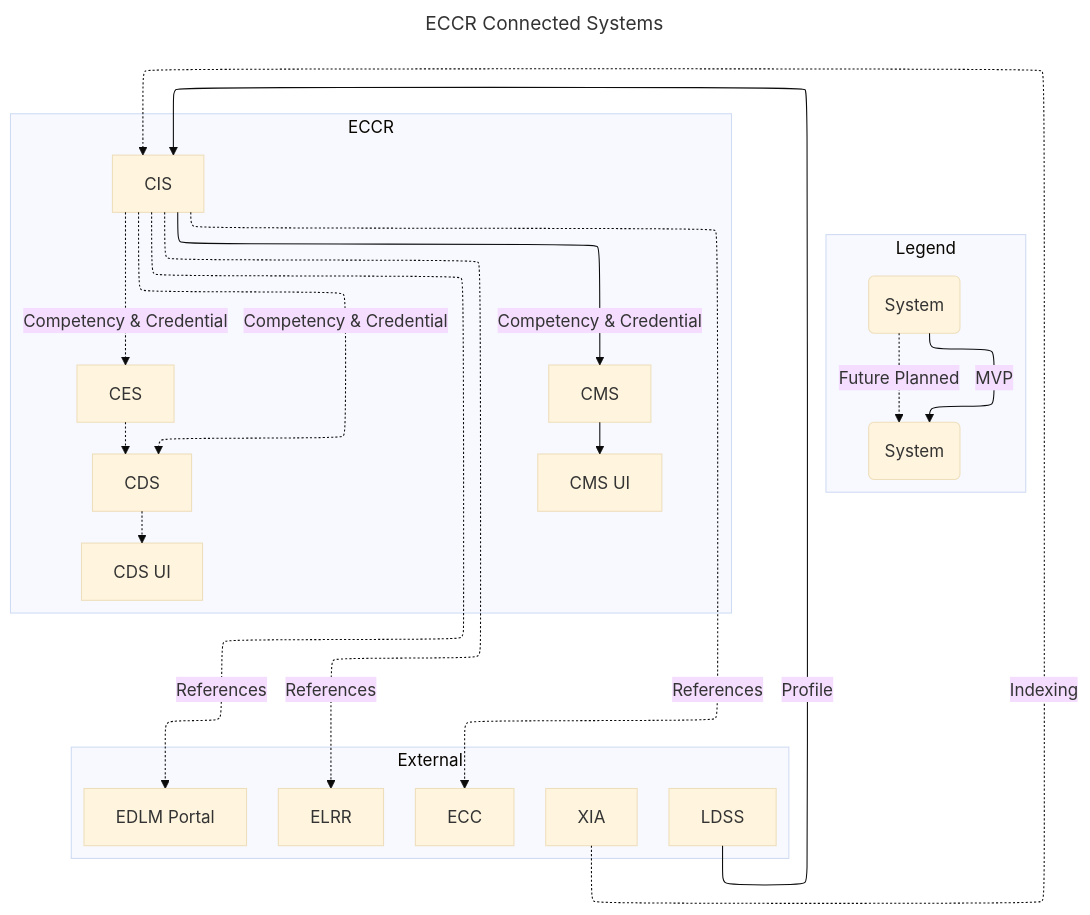
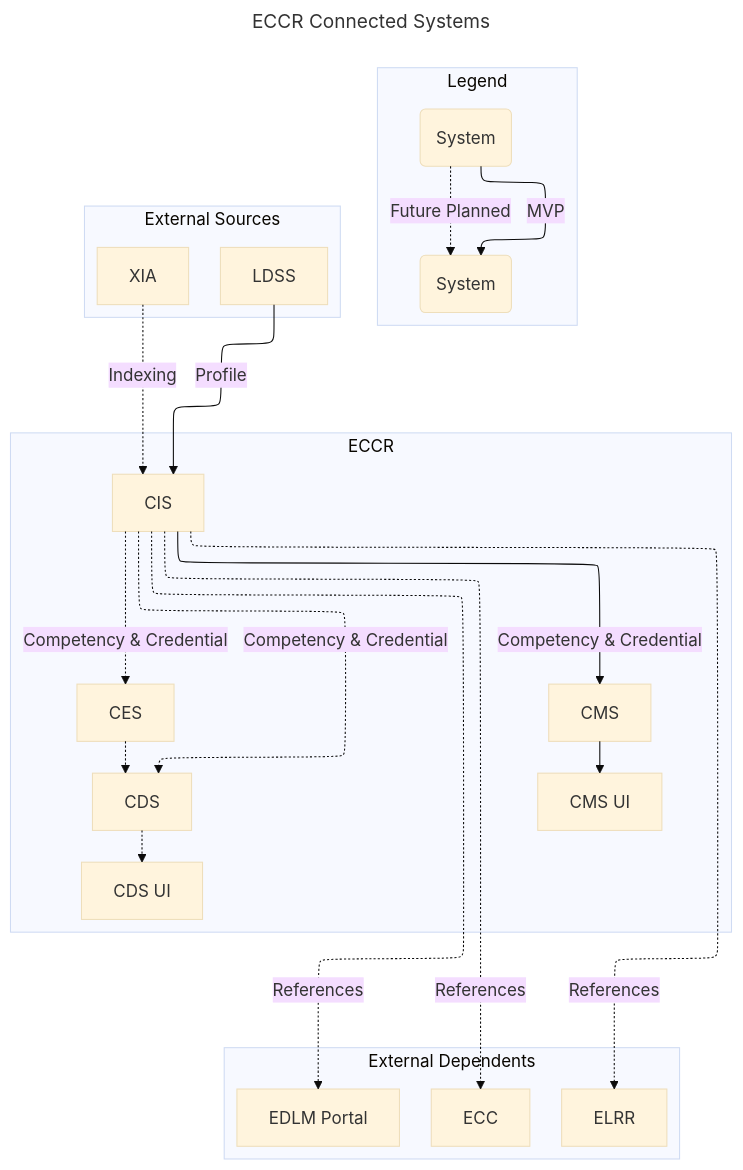
The first of 2 diagrams in README.md (Creative-Learning-Services/eccr-cis), drawn with Mermaid (base theme) before and after one commit.

Commit message:
add subgraphs to architecture graph

````diff
--- a/README.md
+++ b/README.md
@@ -5,35 +5,37 @@
 ```mermaid
 ---
 config:
         layout: elk
 title: ECCR Connected Systems
 ---
 graph TD;
         subgraph Legend
                 1("System")-->|MVP|2("System");
                 1("System")-.->|Future Planned|2("System");
         end
-        subgraph External
+        subgraph External Sources
                 LDSS;
                 XIA;
+        end
+        subgraph External Dependents
                 ECC;
                 ELRR;
                 EDLM[EDLM Portal];
         end
         subgraph ECCR
                 CIS;
                 CES;
                 CDS;
                 CMS;
                 CDSUI[CDS UI];
                 CMSUI[CMS UI];
         end
         LDSS-->|Profile|CIS;
         XIA-.->|Indexing|CIS;
         CIS-.->|References|ECC & ELRR & EDLM;
         CIS-->|Competency & Credential|CMS;
         CIS-.->|Competency & Credential|CDS & CES;
         CMS-->CMSUI;
         CDS-.->CDSUI;
         CES-.->CDS;
 ```
````
